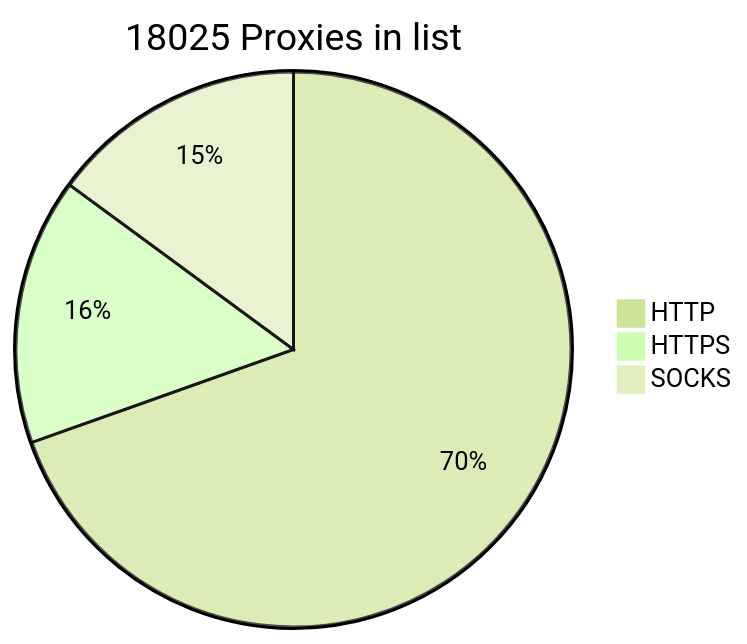
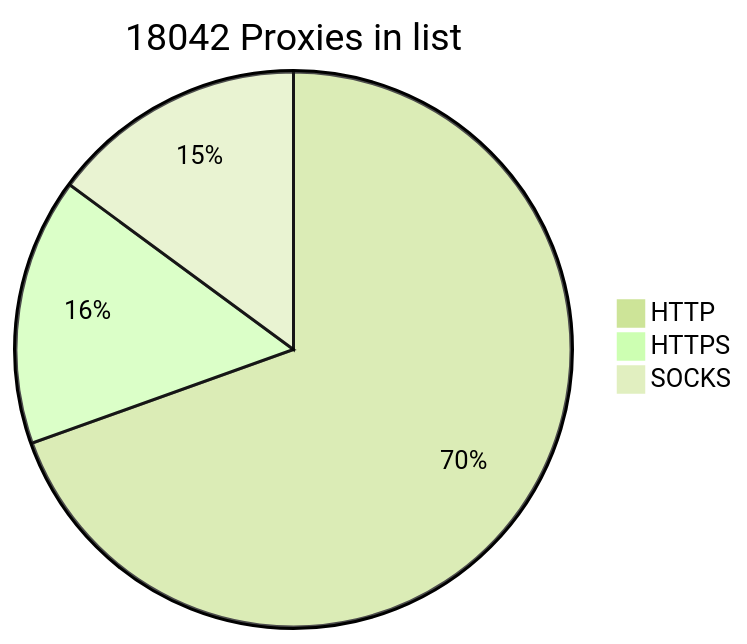
One commit to BlackSnowDot/proxylist-update-every-minute changed the diagram in README.md. Above: the diagram before and after it, drawn with Mermaid (forest theme).

````diff
--- a/README.md
+++ b/README.md
@@ -2,6 +2,6 @@
 ```mermaid
-pie title 18025 Proxies in list
-    "HTTP" : 13499
-    "HTTPS": 3011
+pie title 18042 Proxies in list
+    "HTTP" : 13501
+    "HTTPS": 3024
     "SOCKS" : 2893
 ```
````
